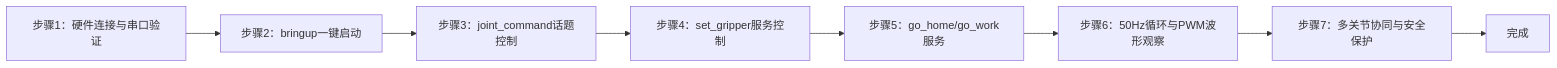
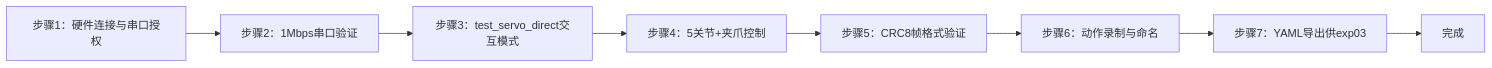
The diagram in courses/sheet1/arm_practice/_parts/experiment-2.md (aibittek/course_generate_agent), drawn with Mermaid before and after one commit. The commit also changed other lines of this file and 11 other files, not shown here.

````diff
--- a/courses/sheet1/arm_practice/_parts/experiment-2.md
+++ b/courses/sheet1/arm_practice/_parts/experiment-2.md
@@ -69,10 +74,10 @@
 ```mermaid
 graph LR
-    A[步骤1：硬件连接与串口验证] --> B[步骤2：bringup一键启动]
-    B --> C[步骤3：joint_command话题控制]
-    C --> D[步骤4：set_gripper服务控制]
-    D --> E[步骤5：go_home/go_work服务]
-    E --> F[步骤6：50Hz循环与PWM波形观察]
-    F --> G[步骤7：多关节协同与安全保护]
+    A[步骤1：硬件连接与串口授权] --> B[步骤2：1Mbps串口验证]
+    B --> C[步骤3：test_servo_direct交互模式]
+    C --> D[步骤4：5关节+夹爪控制]
+    D --> E[步骤5：CRC8帧格式验证]
+    E --> F[步骤6：动作录制与命名]
+    F --> G[步骤7：YAML导出供exp03]
     G --> H[完成]
 ```
````
